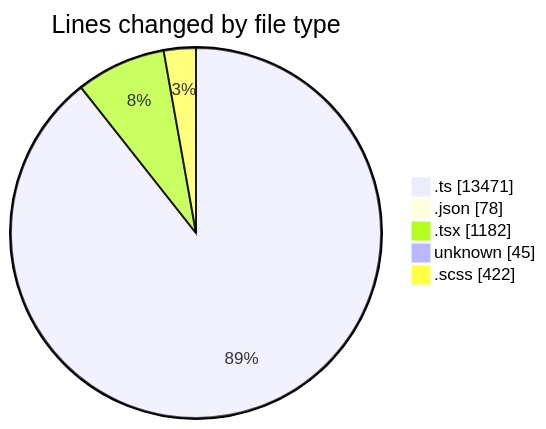
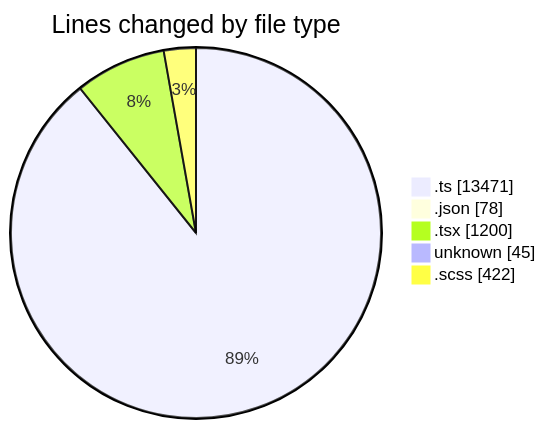
The first of 2 diagrams in 2025-08-29/cda/README.md (momahboobian/code-tracking), drawn with Mermaid before and after one commit. The commit also changed other lines of this file and 1 other file, not shown here.

````diff
--- a/2025-08-29/cda/README.md
+++ b/2025-08-29/cda/README.md
@@ -32,9 +32,9 @@
 ```mermaid
 pie showData
 title Lines changed by file type
 ".ts" : 13471
 ".json" : 78
-".tsx" : 1182
+".tsx" : 1200
 "unknown" : 45
 ".scss" : 422
 ```
````
